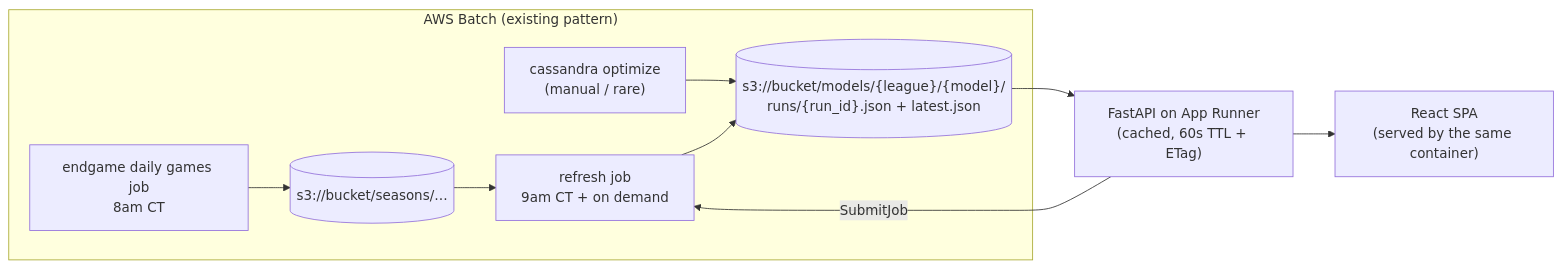
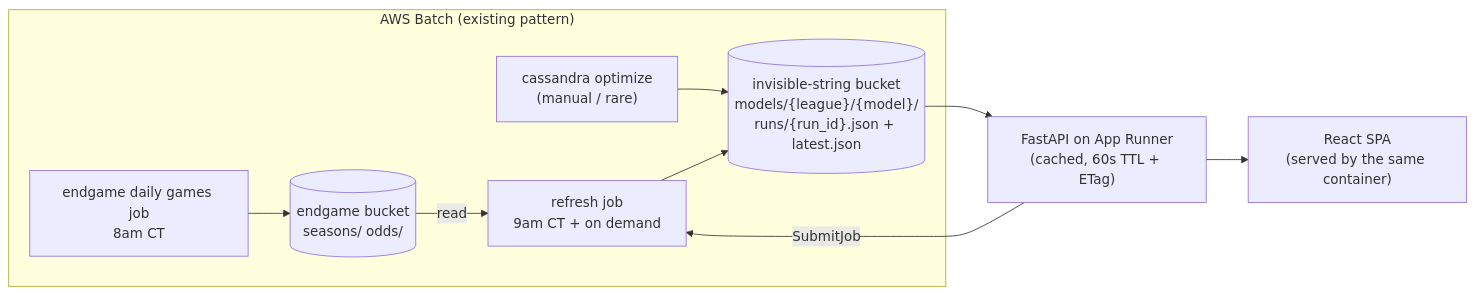
Before and after one commit to NathanDeMaria/invisible-string: the diagram in DESIGN.md, drawn with Mermaid. The commit also changed other lines of this file, not shown here.

````diff
--- a/DESIGN.md
+++ b/DESIGN.md
@@ -107,13 +107,13 @@
 ```mermaid
 flowchart LR
   subgraph batch["AWS Batch (existing pattern)"]
-    EG["endgame daily games job<br/>8am CT"] --> S3G[("s3://bucket/seasons/…")]
+    EG["endgame daily games job<br/>8am CT"] --> S3G[("endgame bucket<br/>seasons/ odds/")]
     OPT["cassandra optimize<br/>(manual / rare)"] --> REL
     REF["refresh job<br/>9am CT + on demand"] --> REL
-    S3G --> REF
+    S3G -->|read| REF
   end
-  REL[("s3://bucket/models/{league}/{model}/<br/>runs/{run_id}.json + latest.json")]
+  REL[("invisible-string bucket<br/>models/{league}/{model}/<br/>runs/{run_id}.json + latest.json")]
   REL --> API["FastAPI on App Runner<br/>(cached, 60s TTL + ETag)"]
   API --> UI["React SPA<br/>(served by the same container)"]
   API -->|"SubmitJob"| REF
 ```
````
